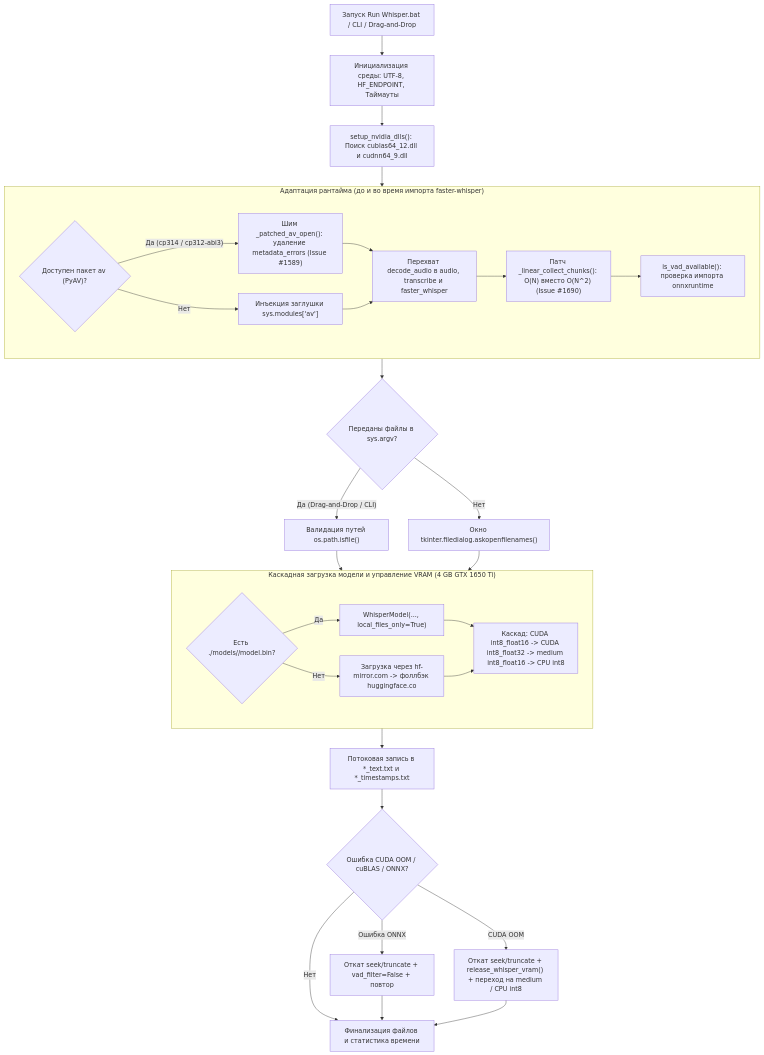
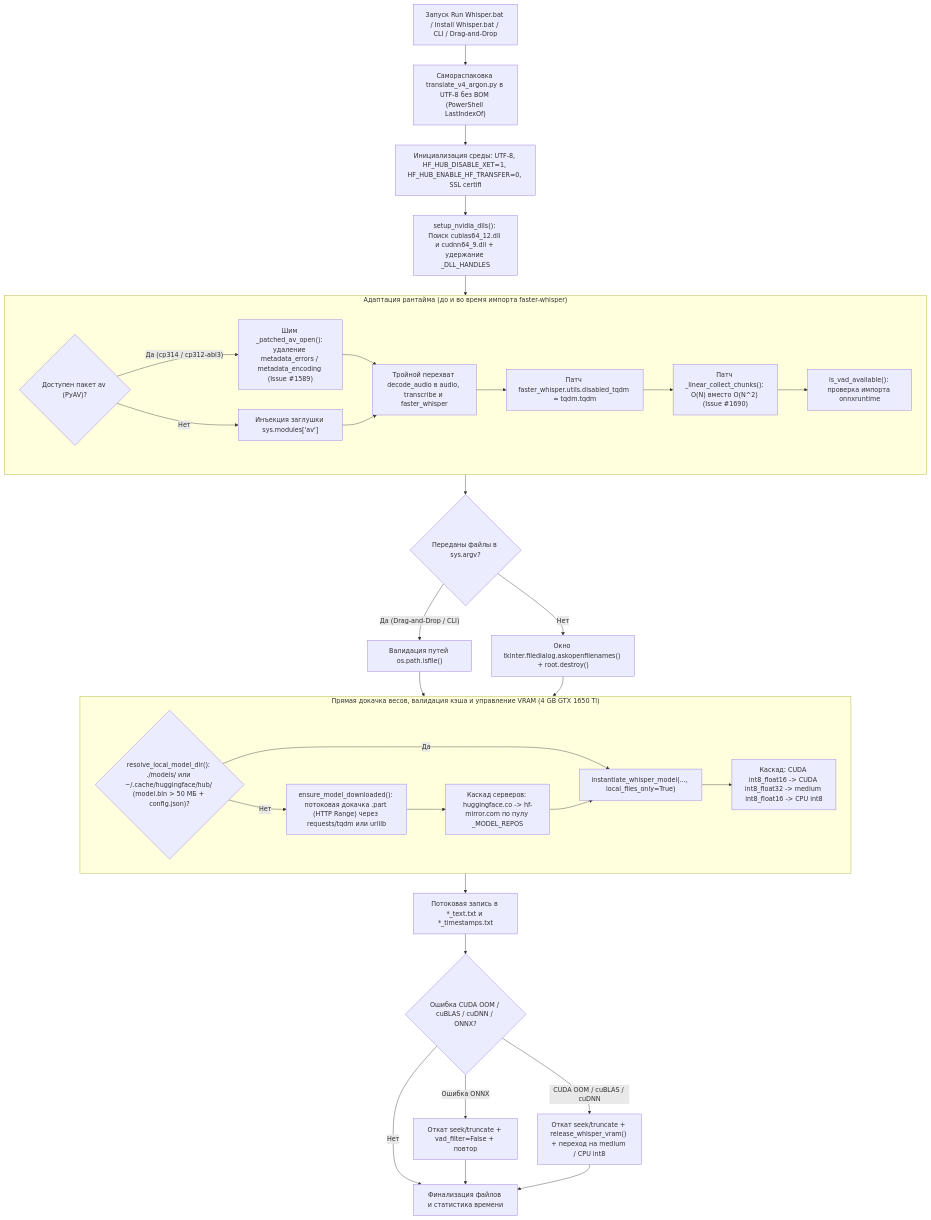
One commit to LiarToMyself/IvoryWhisperAIScript changed the diagram in plans/EngineBlueprint.md. Above: the diagram before and after it, drawn with Mermaid. The commit also changed other lines of this file and 17 other files, not shown here.

````diff
--- a/plans/EngineBlueprint.md
+++ b/plans/EngineBlueprint.md
@@ -10,38 +10,41 @@
 ```mermaid
 flowchart TD
-    Start["Запуск Run Whisper.bat / CLI / Drag-and-Drop"] --> EnvInit["Инициализация среды: UTF-8, HF_ENDPOINT, Таймауты"]
-    EnvInit --> DLLScan["setup_nvidia_dlls(): Поиск cublas64_12.dll и cudnn64_9.dll"]
+    Start["Запуск Run Whisper.bat / Install Whisper.bat / CLI / Drag-and-Drop"] --> SelfExtract["Самораспаковка translate_v4_argon.py в UTF-8 без BOM (PowerShell LastIndexOf)"]
+    SelfExtract --> EnvInit["Инициализация среды: UTF-8, HF_HUB_DISABLE_XET=1, HF_HUB_ENABLE_HF_TRANSFER=0, SSL certifi"]
+    EnvInit --> DLLScan["setup_nvidia_dlls(): Поиск cublas64_12.dll и cudnn64_9.dll + удержание _DLL_HANDLES"]
     DLLScan --> CompatLayer["Слой совместимости Python 3.14 / 3.15"]
 
     subgraph CompatLayer ["Адаптация рантайма (до и во время импорта faster-whisper)"]
         PyAVCheck{"Доступен пакет av (PyAV)?"}
-        PyAVCheck -->|"Да (cp314 / cp312-abi3)"| PatchAvOpen["Шим _patched_av_open(): удаление metadata_errors (Issue #1589)"]
+        PyAVCheck -->|"Да (cp314 / cp312-abi3)"| PatchAvOpen["Шим _patched_av_open(): удаление metadata_errors / metadata_encoding (Issue #1589)"]
         PyAVCheck -->|"Нет"| StubAv["Инъекция заглушки sys.modules['av']"]
-        PatchAvOpen --> HookDecode["Перехват decode_audio в audio, transcribe и faster_whisper"]
+        PatchAvOpen --> HookDecode["Тройной перехват decode_audio в audio, transcribe и faster_whisper"]
         StubAv --> HookDecode
-        HookDecode --> PatchCollect["Патч _linear_collect_chunks(): O(N) вместо O(N^2) (Issue #1690)"]
+        HookDecode --> PatchTqdm["Патч faster_whisper.utils.disabled_tqdm = tqdm.tqdm"]
+        PatchTqdm --> PatchCollect["Патч _linear_collect_chunks(): O(N) вместо O(N^2) (Issue #1690)"]
         PatchCollect --> CheckONNX["is_vad_available(): проверка импорта onnxruntime"]
     end
 
     CompatLayer --> FileInput{"Переданы файлы в sys.argv?"}
     FileInput -->|"Да (Drag-and-Drop / CLI)"| ValidateFiles["Валидация путей os.path.isfile()"]
-    FileInput -->|"Нет"| TkDialog["Окно tkinter.filedialog.askopenfilenames()"]
+    FileInput -->|"Нет"| TkDialog["Окно tkinter.filedialog.askopenfilenames() + root.destroy()"]
     ValidateFiles --> ModelLoad["load_whisper_model('large-v3-turbo')"]
     TkDialog --> ModelLoad
 
-    subgraph ModelLoad ["Каскадная загрузка модели и управление VRAM (4 GB GTX 1650 Ti)"]
-        CheckLocal{"Есть ./models/<name>/model.bin?"}
-        CheckLocal -->|"Да"| LocalLoad["WhisperModel(..., local_files_only=True)"]
-        CheckLocal -->|"Нет"| MirrorLoad["Загрузка через hf-mirror.com -> фоллбэк huggingface.co"]
+    subgraph ModelLoad ["Прямая докачка весов, валидация кэша и управление VRAM (4 GB GTX 1650 Ti)"]
+        ResolveLocal{"resolve_local_model_dir(): ./models/ или ~/.cache/huggingface/hub/ (model.bin > 50 МБ + config.json)?"}
+        ResolveLocal -->|"Да"| LocalLoad["instantiate_whisper_model(..., local_files_only=True)"]
+        ResolveLocal -->|"Нет"| DirectDL["ensure_model_downloaded(): потоковая докачка .part (HTTP Range) через requests/tqdm или urllib"]
+        DirectDL --> Endpoints["Каскад серверов: huggingface.co -> hf-mirror.com по пулу _MODEL_REPOS"]
+        Endpoints --> LocalLoad
         LocalLoad --> CascadeGPU["Каскад: CUDA int8_float16 -> CUDA int8_float32 -> medium int8_float16 -> CPU int8"]
-        MirrorLoad --> CascadeGPU
     end
 
     ModelLoad --> TranscribeLoop["Потоковая запись в *_text.txt и *_timestamps.txt"]
-    TranscribeLoop --> OOMGuard{"Ошибка CUDA OOM / cuBLAS / ONNX?"}
+    TranscribeLoop --> OOMGuard{"Ошибка CUDA OOM / cuBLAS / cuDNN / ONNX?"}
     OOMGuard -->|"Нет"| Done["Финализация файлов и статистика времени"]
     OOMGuard -->|"Ошибка ONNX"| DisableVAD["Откат seek/truncate + vad_filter=False + повтор"]
-    OOMGuard -->|"CUDA OOM"| FallbackModel["Откат seek/truncate + release_whisper_vram() + переход на medium / CPU int8"]
+    OOMGuard -->|"CUDA OOM / cuBLAS / cuDNN"| FallbackModel["Откат seek/truncate + release_whisper_vram() + переход на medium / CPU int8"]
     DisableVAD --> Done
     FallbackModel --> Done
 ```
````
